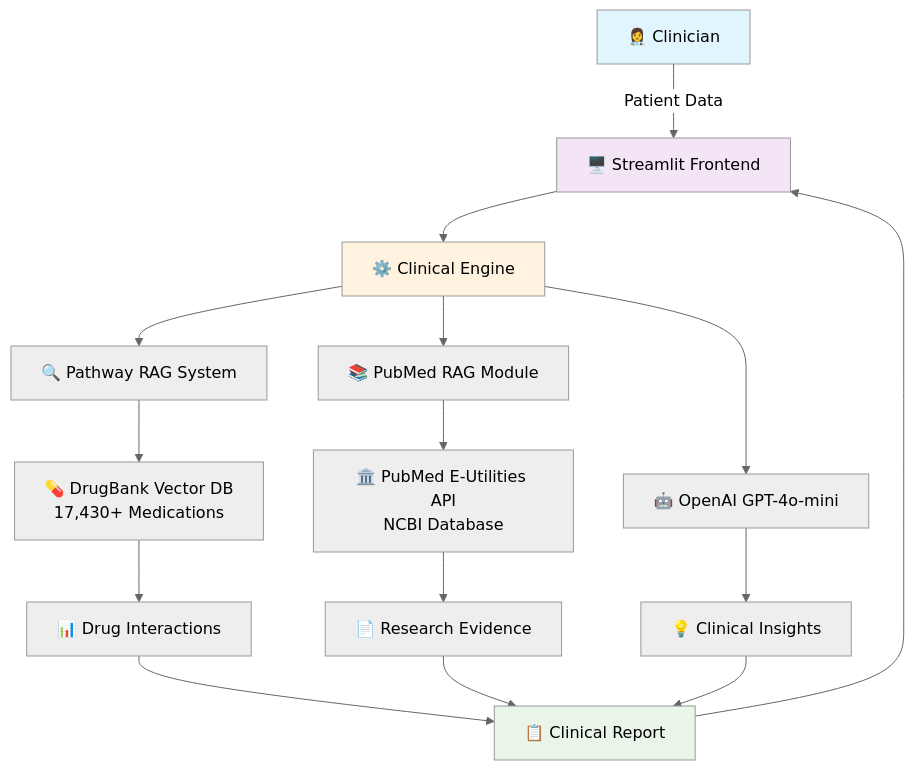
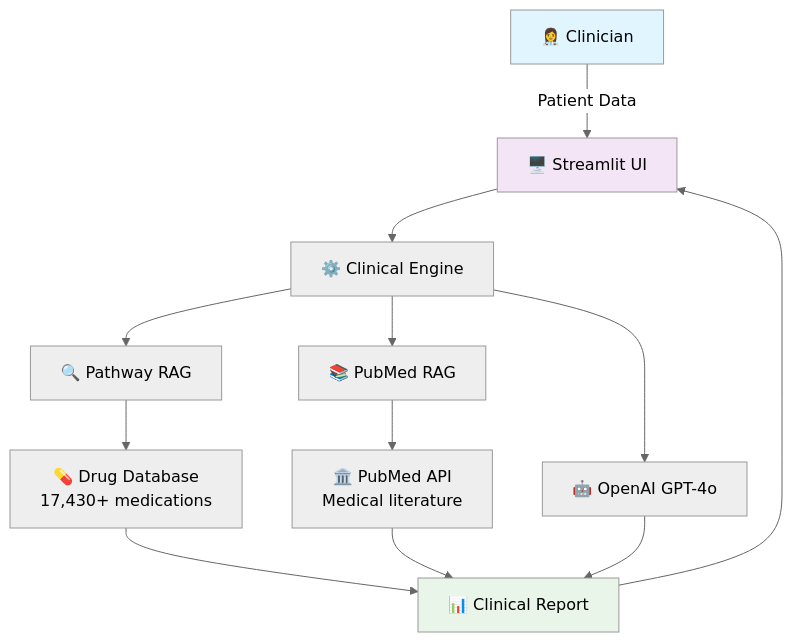
Before and after one commit to Sukesh-Periyasamy/pathway_rag: the diagram in README.md, drawn with Mermaid (neutral theme). The commit also changed other lines of this file and 1 other file, not shown here.

````diff
--- a/README.md
+++ b/README.md
@@ -56,25 +100,21 @@
 ```mermaid
-graph TB
-    A[👩‍⚕️ Clinician] -->|Patient Data| B[🖥️ Streamlit Frontend]
+flowchart TB
+    A[👩‍⚕️ Clinician] -->|Patient Data| B[🖥️ Streamlit UI]
     B --> C[⚙️ Clinical Engine]
-    C --> D[🔍 Pathway RAG System]
-    C --> E[📚 PubMed RAG Module]
-    C --> F[🤖 OpenAI GPT-4o-mini]
     
-    D --> G[💊 DrugBank Vector DB<br/>17,430+ Medications]
-    E --> H[🏛️ PubMed E-Utilities API<br/>NCBI Database]
+    C --> D[🔍 Pathway RAG]
+    C --> E[📚 PubMed RAG] 
+    C --> F[🤖 OpenAI GPT-4o]
     
-    G --> I[📊 Drug Interactions]
-    H --> J[📄 Research Evidence]
-    F --> K[💡 Clinical Insights]
+    D --> G[💊 Drug Database<br/>17,430+ medications]
+    E --> H[🏛️ PubMed API<br/>Medical literature]
     
-    I --> L[📋 Clinical Report]
-    J --> L
-    K --> L
-    L --> B
+    G --> I[📊 Clinical Report]
+    H --> I
+    F --> I
+    I --> B
     
     style A fill:#e1f5fe
-    style B fill:#f3e5f5
-    style C fill:#fff3e0
-    style L fill:#e8f5e8
+    style B fill:#f3e5f5  
+    style I fill:#e8f5e8
 ```
````
